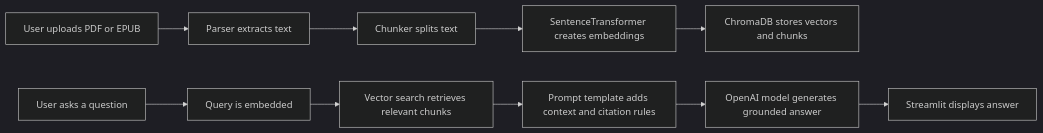
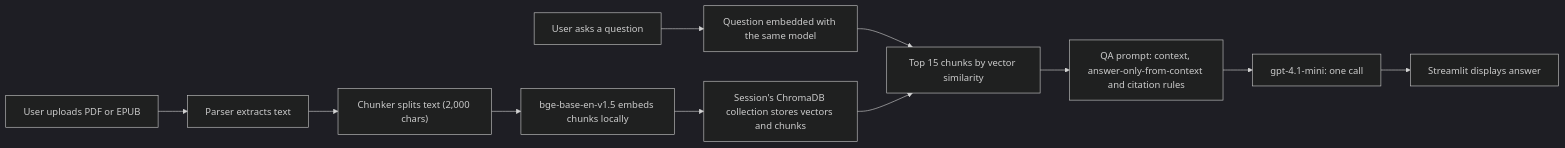
The diagram in README.md (mariahwaslie/ai-reading-companion), drawn with Mermaid (dark theme) before and after one commit. The commit also changed other lines of this file, not shown here.

````diff
--- a/README.md
+++ b/README.md
@@ -78,12 +74,13 @@
 ```mermaid
 flowchart LR
     A["User uploads PDF or EPUB"] --> B["Parser extracts text"]
-    B --> C["Chunker splits text"]
-    C --> D["SentenceTransformer creates embeddings"]
-    D --> E["ChromaDB stores vectors and chunks"]
-    F["User asks a question"] --> G["Query is embedded"]
-    G --> H["Vector search retrieves relevant chunks"]
-    H --> I["Prompt template adds context and citation rules"]
-    I --> J["OpenAI model generates grounded answer"]
+    B --> C["Chunker splits text (2,000 chars)"]
+    C --> D["bge-base-en-v1.5 embeds chunks locally"]
+    D --> E["Session's ChromaDB collection stores vectors and chunks"]
+    F["User asks a question"] --> G["Question embedded with the same model"]
+    G --> H["Top 15 chunks by vector similarity"]
+    E --> H
+    H --> I["QA prompt: context, answer-only-from-context and citation rules"]
+    I --> J["gpt-4.1-mini: one call"]
     J --> K["Streamlit displays answer"]
 ```
````
